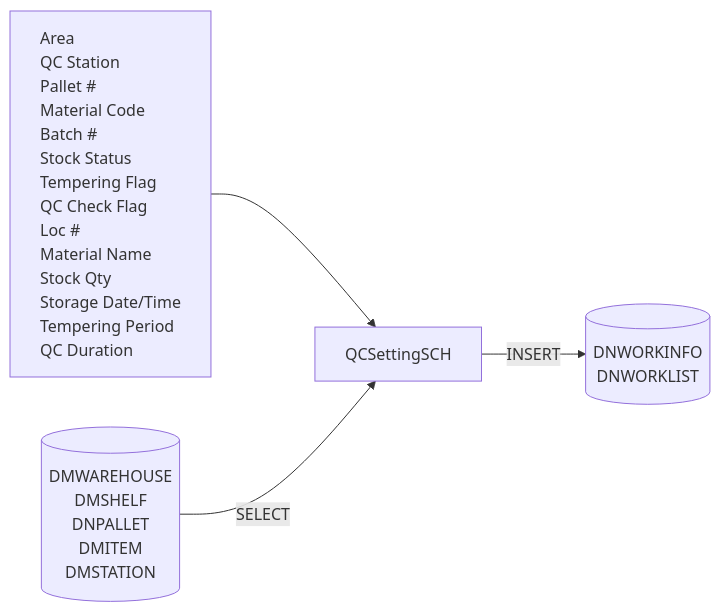
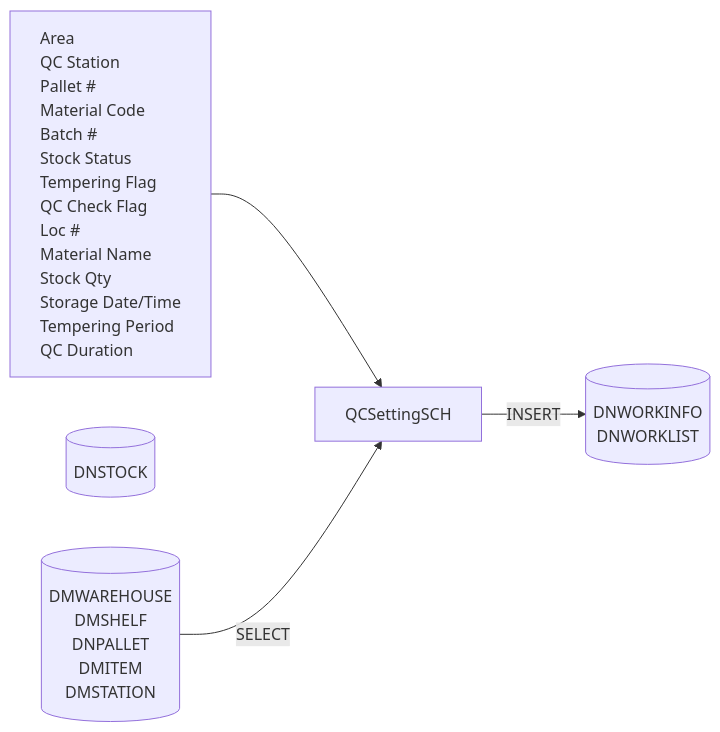
Before and after one commit to luthfiadityaa/SimeDarby-Wiki: the third of 3 diagrams in Basic-Design/DFD-WMS/Retrieval/QC-Setting/Retrieval-for-QC-Start.md, drawn with Mermaid.

Commit message:
Updated Retrieval for QC Start

```diff
--- a/Basic-Design/DFD-WMS/Retrieval/QC-Setting/Retrieval-for-QC-Start.md
+++ b/Basic-Design/DFD-WMS/Retrieval/QC-Setting/Retrieval-for-QC-Start.md
@@ -88,40 +88,44 @@
 ::: mermaid
 flowchart LR
     input[
         Area
         QC Station
         Pallet #
         Material Code
         Batch #
         Stock Status
         Tempering Flag
         QC Check Flag
         Loc #
         Material Name
         Stock Qty
         Storage Date/Time
         Tempering Period
         QC Duration
     ]
 
     tableList-insert[("
         DNWORKINFO
         DNWORKLIST
     ")]
 
+     tableList-update[("
+        DNSTOCK
+    ")]
+
      tableList-select[("
         DMWAREHOUSE
         DMSHELF
         DNPALLET
         DMITEM
         DMSTATION
     ")]
 
     className[QCSettingSCH]
 
     input --> className --> |INSERT| tableList-insert
     tableList-select --> |SELECT| className
 
     classDef leftAlign text-align:left;
     class input leftAlign;
 :::
```
